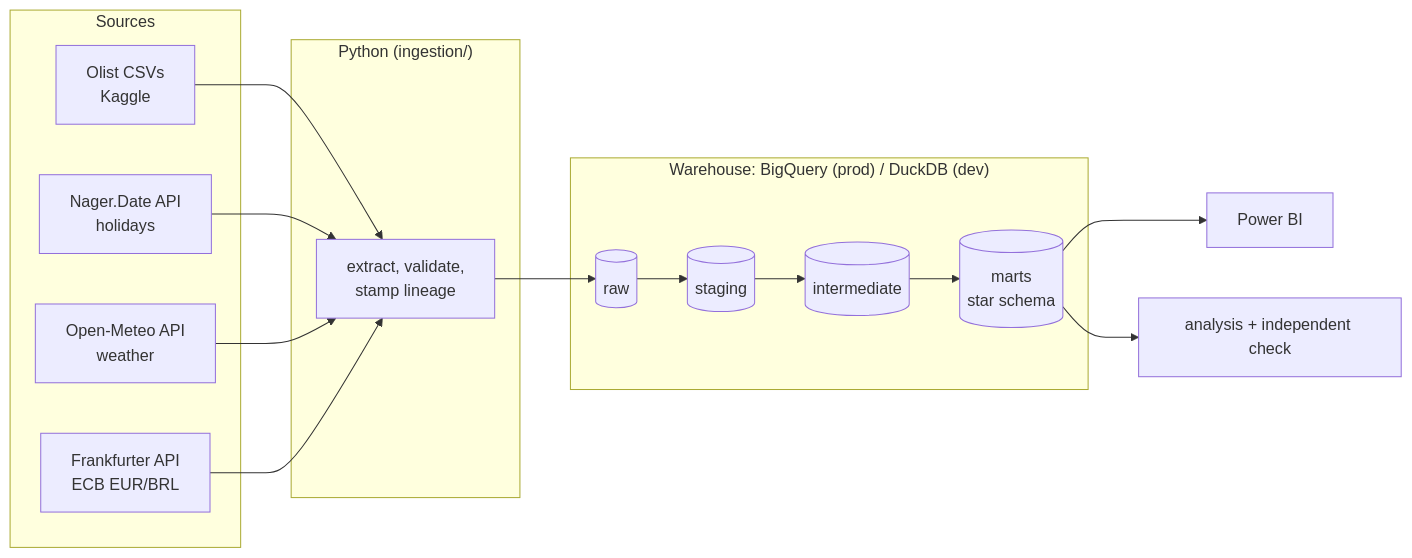
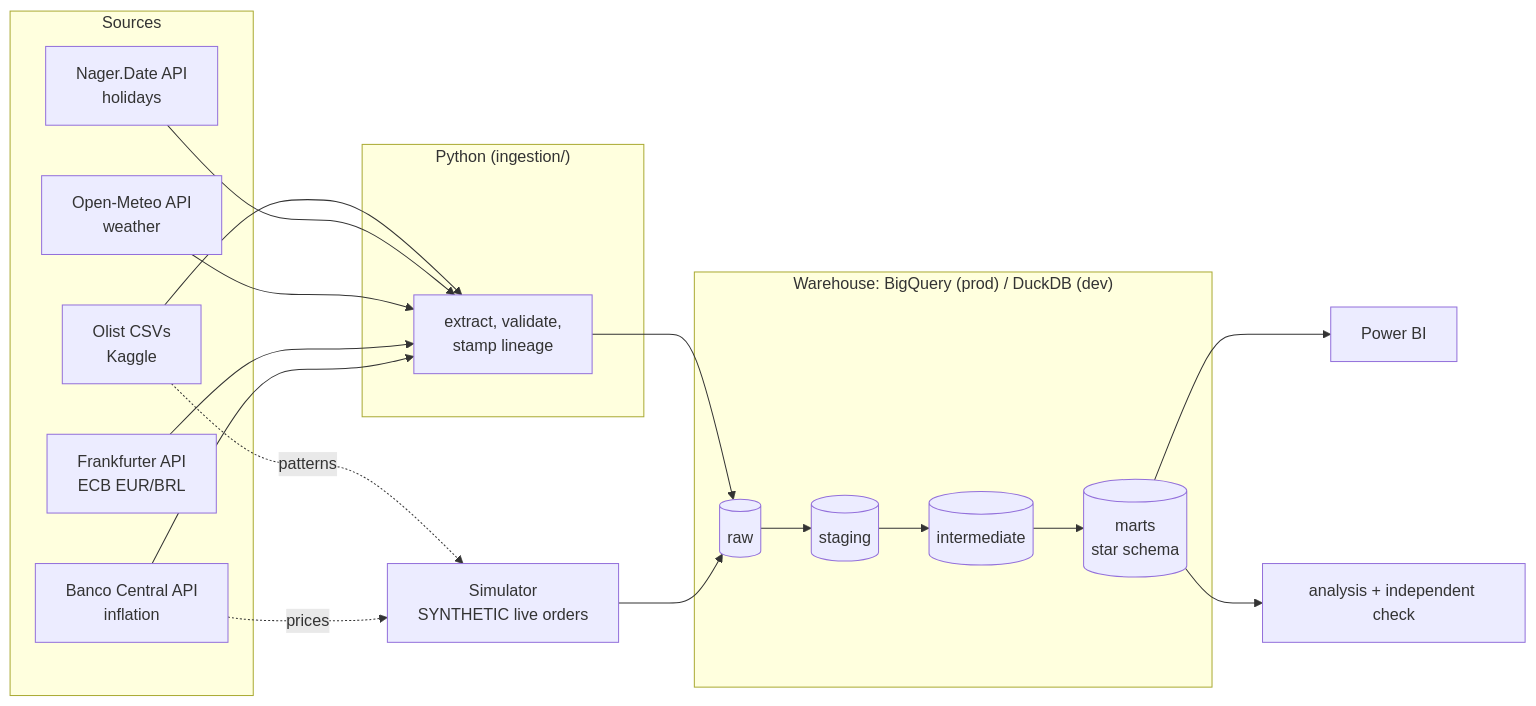
The diagram in README.md (airlhorm1-del/delivery-risk-analytics), drawn with Mermaid before and after one commit. The commit also changed other lines of this file and 62 other files, not shown here.

Commit message:
Add simulated live orders (synthetic), daily schedule and BigQuery refresh

````diff
--- a/README.md
+++ b/README.md
@@ -55,18 +83,23 @@
 ```mermaid
 flowchart LR
     subgraph Sources
         K[Olist CSVs<br/>Kaggle]
         H[Nager.Date API<br/>holidays]
         W[Open-Meteo API<br/>weather]
         F[Frankfurter API<br/>ECB EUR/BRL]
+        B[Banco Central API<br/>inflation]
     end
+    SIM[Simulator<br/>SYNTHETIC live orders]
     subgraph Python["Python (ingestion/)"]
         E[extract, validate,<br/>stamp lineage]
     end
     subgraph Warehouse["Warehouse: BigQuery (prod) / DuckDB (dev)"]
         R[(raw)] --> S[(staging)] --> I[(intermediate)] --> M[(marts<br/>star schema)]
     end
-    K & H & W & F --> E --> R
+    K & H & W & F & B --> E --> R
+    K -. patterns .-> SIM
+    B -. prices .-> SIM
+    SIM --> R
     M --> P[Power BI]
     M --> A[analysis + independent check]
 ```
````
